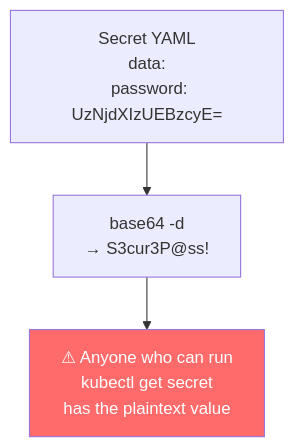
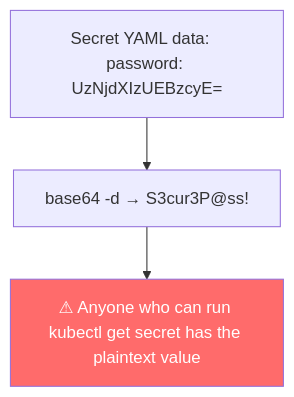
The second of 6 diagrams in 09_security/04_secrets_management.md (UncleJS/course_k3s), drawn with Mermaid before and after one commit. The commit also changed other lines of this file and 57 other files, not shown here.

````diff
--- a/09_security/04_secrets_management.md
+++ b/09_security/04_secrets_management.md
@@ -77,7 +77,7 @@
 ```mermaid
 flowchart TD
-    SECRET["Secret YAML\ndata:\n  password: UzNjdXIzUEBzcyE="] --> DECODE["base64 -d\n→ S3cur3P@ss!"]
-    DECODE --> NOTE["⚠ Anyone who can run\nkubectl get secret\nhas the plaintext value"]
+    SECRET["Secret YAML data:   password: UzNjdXIzUEBzcyE="] --> DECODE["base64 -d → S3cur3P@ss!"]
+    DECODE --> NOTE["⚠ Anyone who can run kubectl get secret has the plaintext value"]
 
     style NOTE fill:#ff6b6b,color:#fff
 ```
````
